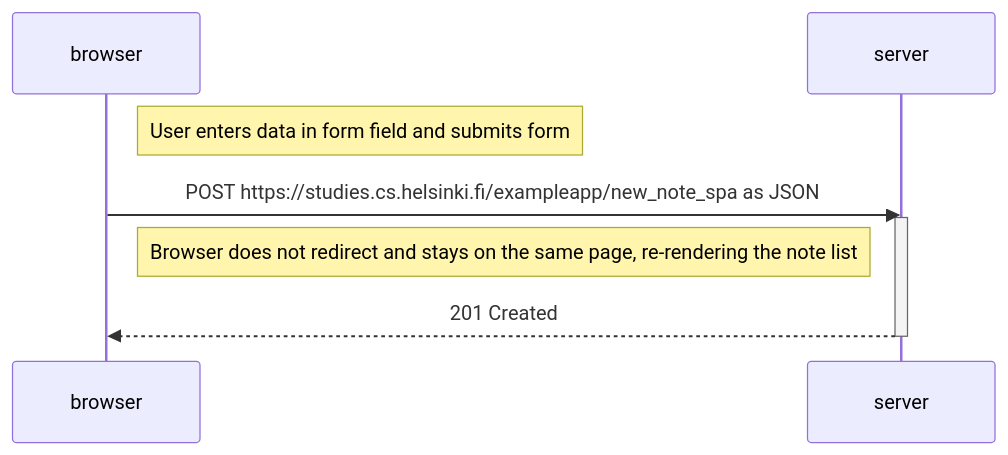
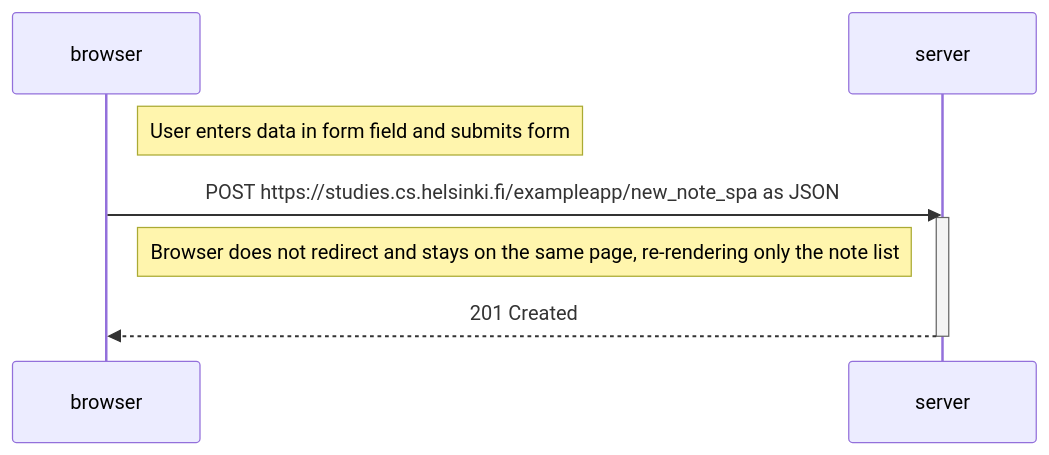
One commit to TheRealOwenRees/fullstack-open changed the diagram in part0/0.6.md. Above: the diagram before and after it, drawn with Mermaid.

````diff
--- a/part0/0.6.md
+++ b/part0/0.6.md
@@ -1,14 +1,14 @@
 ```mermaid
 sequenceDiagram
     participant browser
     participant server
     
     Note right of browser: User enters data in form field and submits form
     
     browser->>server: POST https://studies.cs.helsinki.fi/exampleapp/new_note_spa as JSON
     activate server
-    Note right of browser: Browser does not redirect and stays on the same page, re-rendering the note list
+    Note right of browser: Browser does not redirect and stays on the same page, re-rendering only the note list
     server-->>browser: 201 Created
     deactivate server
    
 ```
````
